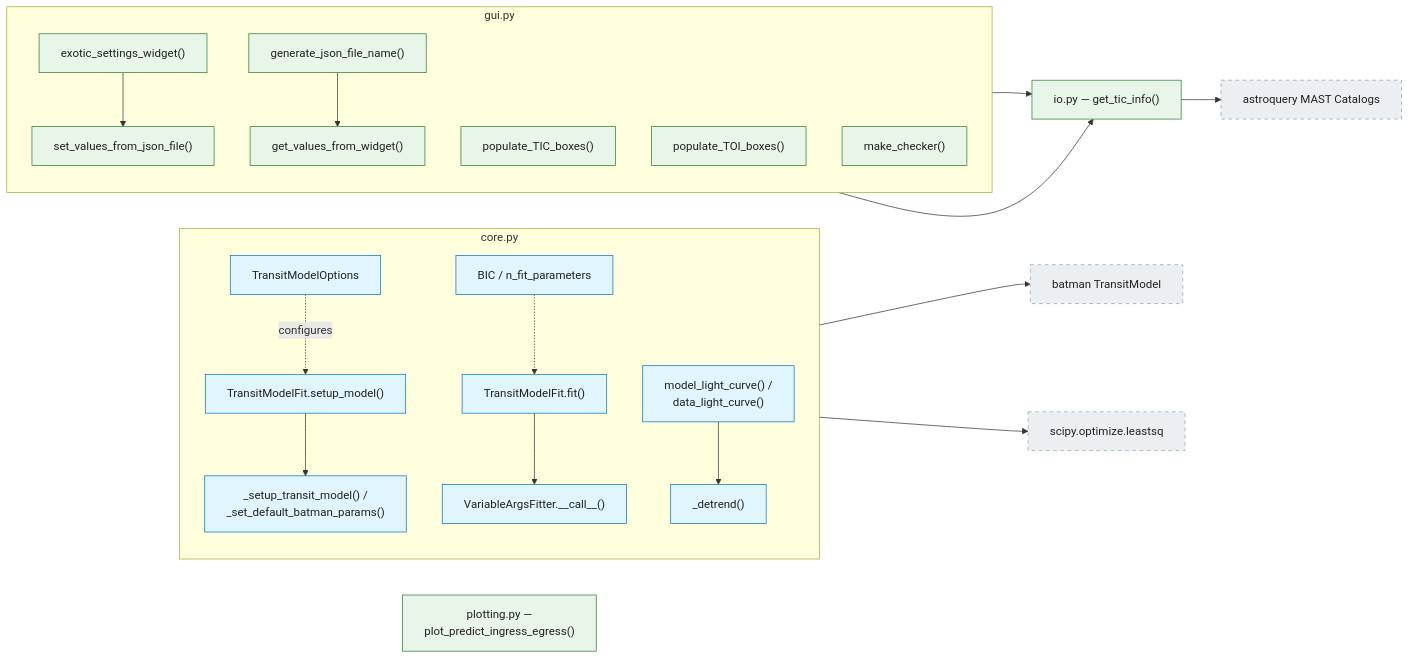
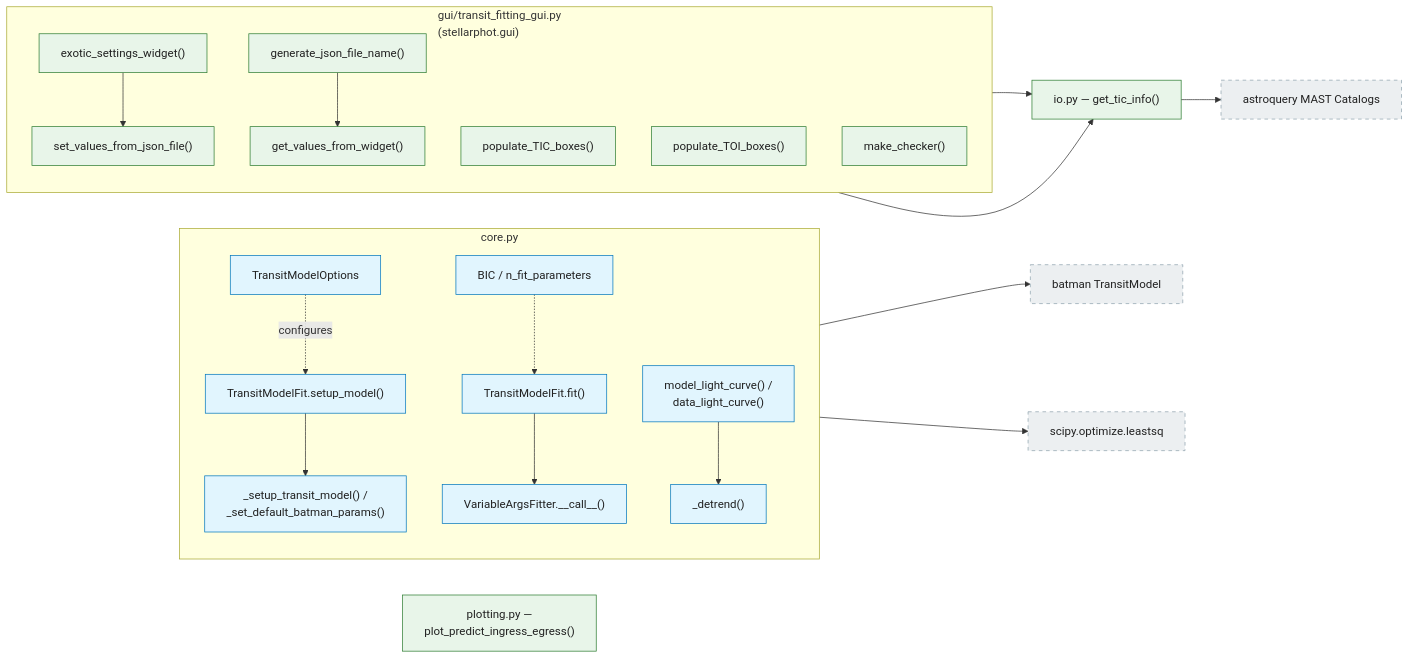
Diagram 11 of 16 in docs/diagrams-04-call-graphs.md (feder-observatory/stellarphot), drawn with Mermaid before and after one commit. The commit also changed other lines of this file and 3 other files, not shown here.

First line of the commit message:
Update architecture diagrams for the stellarphot.gui move + [gui] extra

````diff
--- a/docs/diagrams-04-call-graphs.md
+++ b/docs/diagrams-04-call-graphs.md
@@ -623,68 +623,68 @@
 ```mermaid
 flowchart LR
     classDef cls fill:#e1f5fe,stroke:#0277bd,color:#212121
     classDef fn fill:#e8f5e9,stroke:#2e7d32,color:#212121
     classDef external fill:#eceff1,stroke:#90a4ae,stroke-dasharray: 5 5,color:#212121
 
     subgraph sg_core["core.py"]
         direction TB
         tmf_setup["TransitModelFit.setup_model()"]:::cls
         tmf_internal["_setup_transit_model() /<br/>_set_default_batman_params()"]:::cls
         tmf_fit["TransitModelFit.fit()"]:::cls
         tmf_lc["model_light_curve() /<br/>data_light_curve()"]:::cls
         tmf_detrend["_detrend()"]:::cls
         tmf_bic["BIC / n_fit_parameters"]:::cls
         fitter["VariableArgsFitter.__call__()"]:::cls
         opts["TransitModelOptions"]:::cls
     end
 
-    subgraph sg_gui["gui.py"]
+    subgraph sg_gui["gui/transit_fitting_gui.py<br/>(stellarphot.gui)"]
         direction TB
         exotic["exotic_settings_widget()"]:::fn
         pop_tic["populate_TIC_boxes()"]:::fn
         pop_toi["populate_TOI_boxes()"]:::fn
         checker["make_checker()"]:::fn
         getvals["get_values_from_widget()"]:::fn
         genjson["generate_json_file_name()"]:::fn
         setjson["set_values_from_json_file()"]:::fn
     end
 
     gettic["io.py — get_tic_info()"]:::fn
     ingress["plotting.py —<br/>plot_predict_ingress_egress()"]:::fn
 
     batman["batman TransitModel"]:::external
     leastsq["scipy.optimize.leastsq"]:::external
     mast["astroquery MAST Catalogs"]:::external
 
     tmf_setup --> tmf_internal
     tmf_internal --> batman
     tmf_fit --> fitter
     fitter --> leastsq
     tmf_lc --> tmf_detrend
     tmf_bic -.-> tmf_fit
     opts -.->|"configures"| tmf_setup
 
     checker --> gettic
     pop_tic --> gettic
     exotic --> setjson
     genjson --> getvals
     gettic --> mast
 
     click tmf_setup href "../stellarphot/transit_fitting/core.py" "transit_fitting/core.py"
     click tmf_internal href "../stellarphot/transit_fitting/core.py" "transit_fitting/core.py"
     click tmf_fit href "../stellarphot/transit_fitting/core.py" "transit_fitting/core.py"
     click tmf_lc href "../stellarphot/transit_fitting/core.py" "transit_fitting/core.py"
     click tmf_detrend href "../stellarphot/transit_fitting/core.py" "transit_fitting/core.py"
     click tmf_bic href "../stellarphot/transit_fitting/core.py" "transit_fitting/core.py"
     click fitter href "../stellarphot/transit_fitting/core.py" "transit_fitting/core.py"
     click opts href "../stellarphot/transit_fitting/core.py" "transit_fitting/core.py"
-    click exotic href "../stellarphot/transit_fitting/gui.py" "transit_fitting/gui.py"
-    click pop_tic href "../stellarphot/transit_fitting/gui.py" "transit_fitting/gui.py"
-    click pop_toi href "../stellarphot/transit_fitting/gui.py" "transit_fitting/gui.py"
-    click checker href "../stellarphot/transit_fitting/gui.py" "transit_fitting/gui.py"
-    click getvals href "../stellarphot/transit_fitting/gui.py" "transit_fitting/gui.py"
-    click genjson href "../stellarphot/transit_fitting/gui.py" "transit_fitting/gui.py"
-    click setjson href "../stellarphot/transit_fitting/gui.py" "transit_fitting/gui.py"
+    click exotic href "../stellarphot/gui/transit_fitting_gui.py" "gui/transit_fitting_gui.py"
+    click pop_tic href "../stellarphot/gui/transit_fitting_gui.py" "gui/transit_fitting_gui.py"
+    click pop_toi href "../stellarphot/gui/transit_fitting_gui.py" "gui/transit_fitting_gui.py"
+    click checker href "../stellarphot/gui/transit_fitting_gui.py" "gui/transit_fitting_gui.py"
+    click getvals href "../stellarphot/gui/transit_fitting_gui.py" "gui/transit_fitting_gui.py"
+    click genjson href "../stellarphot/gui/transit_fitting_gui.py" "gui/transit_fitting_gui.py"
+    click setjson href "../stellarphot/gui/transit_fitting_gui.py" "gui/transit_fitting_gui.py"
     click gettic href "../stellarphot/transit_fitting/io.py" "transit_fitting/io.py"
     click ingress href "../stellarphot/transit_fitting/plotting.py" "transit_fitting/plotting.py"
 ```
````
